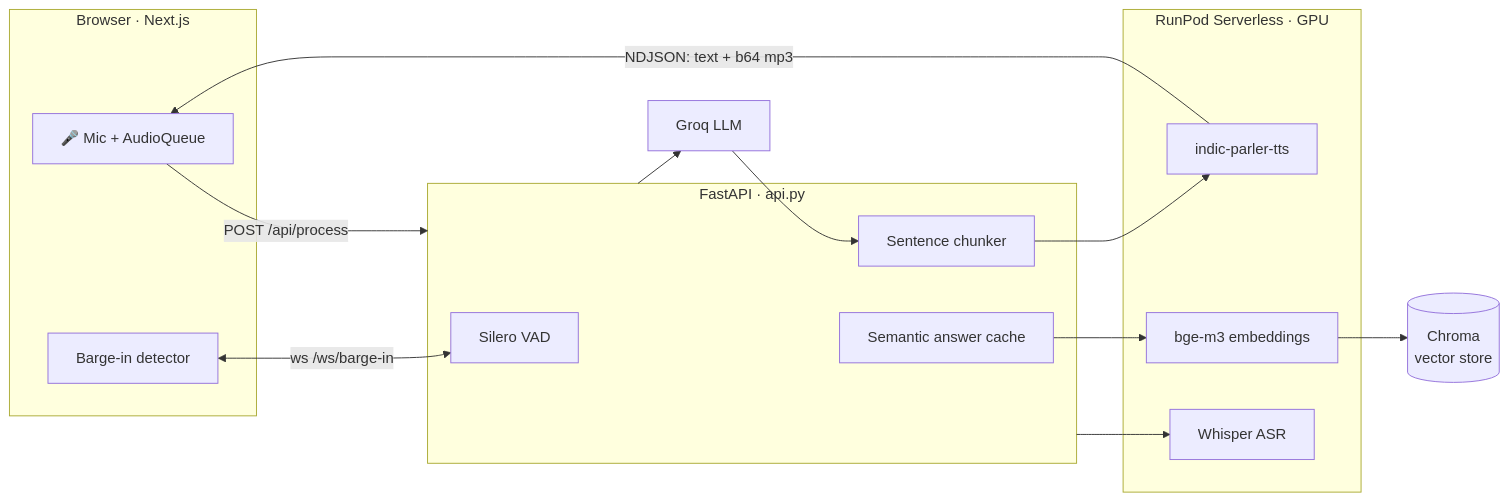
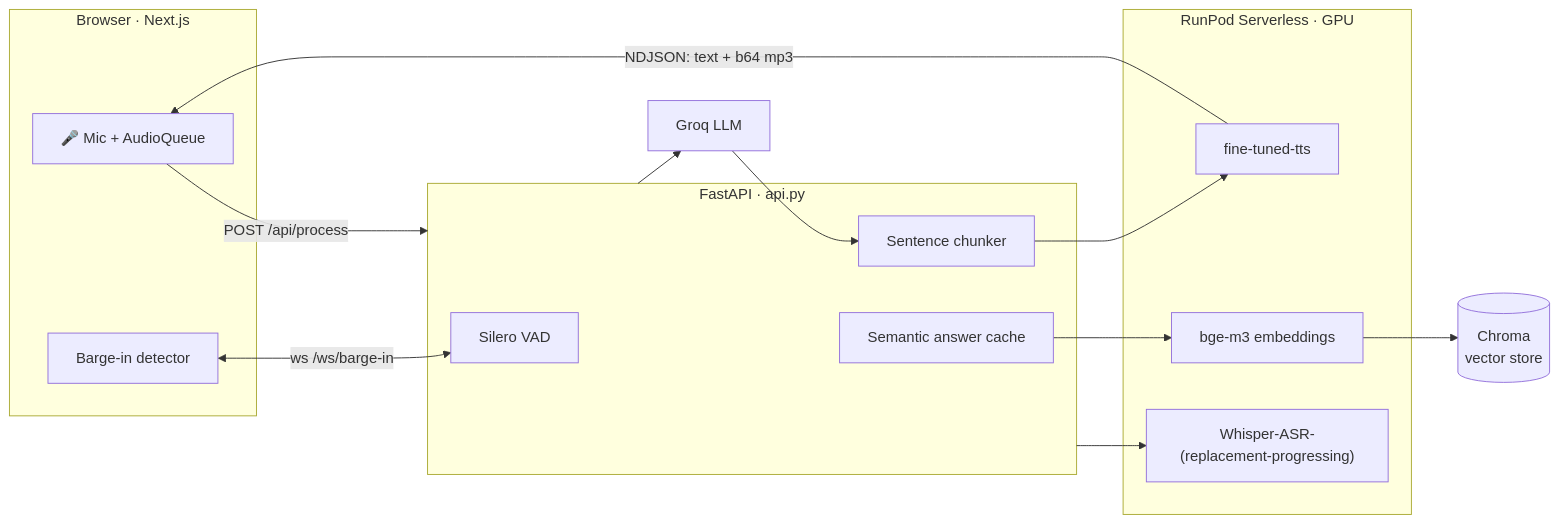
The diagram in README.md (cive202/settleAI-NepaliVoiceAssistance), drawn with Mermaid before and after one commit.

Commit message:
Update ASR and TTS references in README

````diff
--- a/README.md
+++ b/README.md
@@ -46,30 +46,30 @@
 ```mermaid
 flowchart LR
     subgraph Browser["Browser · Next.js"]
         MIC["🎤 Mic + AudioQueue"]
         BI["Barge-in detector"]
     end
 
     subgraph API["FastAPI · api.py"]
         VAD["Silero VAD"]
         CH["Sentence chunker"]
         CACHE["Semantic answer cache"]
     end
 
     subgraph RP["RunPod Serverless · GPU"]
-        ASR["Whisper ASR"]
-        TTS["indic-parler-tts"]
+        ASR["Whisper-ASR-(replacement-progressing)"]
+        TTS["fine-tuned-tts"]
         EMB["bge-m3 embeddings"]
     end
 
     MIC -->|"POST /api/process"| API
     BI  <-->|"ws /ws/barge-in"| VAD
     API --> ASR
     API --> CACHE
     CACHE --> EMB
     EMB --> CHROMA[("Chroma<br/>vector store")]
     API --> GROQ["Groq LLM"]
     GROQ --> CH
     CH --> TTS
     TTS -->|"NDJSON: text + b64 mp3"| MIC
 ```
````
